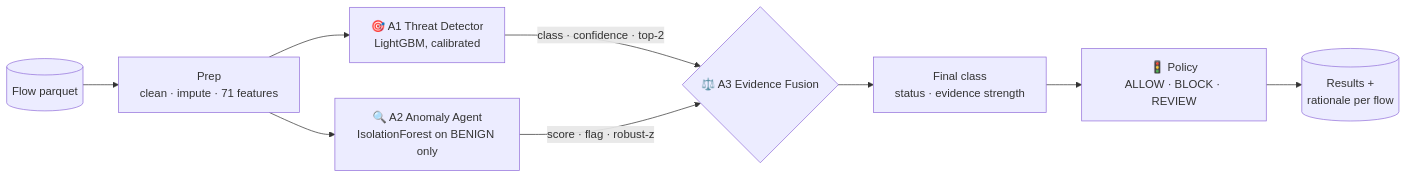
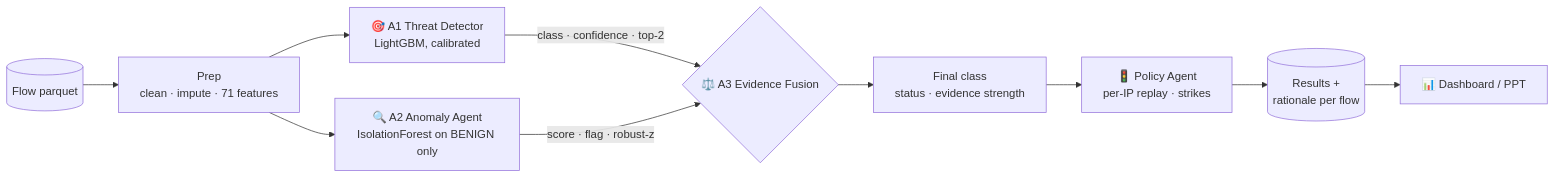
Before and after one commit to Vaibhav-Patidar/cybersentinel: the first of 3 diagrams in README.md, drawn with Mermaid. The commit also changed other lines of this file and 1 other file, not shown here.

````diff
--- a/README.md
+++ b/README.md
@@ -38,11 +39,12 @@
 ```mermaid
 flowchart LR
     A[(Flow parquet)] --> P[Prep<br/>clean · impute · 71 features]
     P --> A1[🎯 A1 Threat Detector<br/>LightGBM, calibrated]
     P --> A2[🔍 A2 Anomaly Agent<br/>IsolationForest on BENIGN only]
     A1 -- class · confidence · top-2 --> F{⚖️ A3 Evidence Fusion}
     A2 -- score · flag · robust-z --> F
     F --> V[Final class<br/>status · evidence strength]
-    V --> POL[🚦 Policy<br/>ALLOW · BLOCK · REVIEW]
+    V --> POL[🚦 Policy Agent<br/>per-IP replay · strikes]
     POL --> R[(Results +<br/>rationale per flow)]
+    R --> D[📊 Dashboard / PPT]
 ```
````
